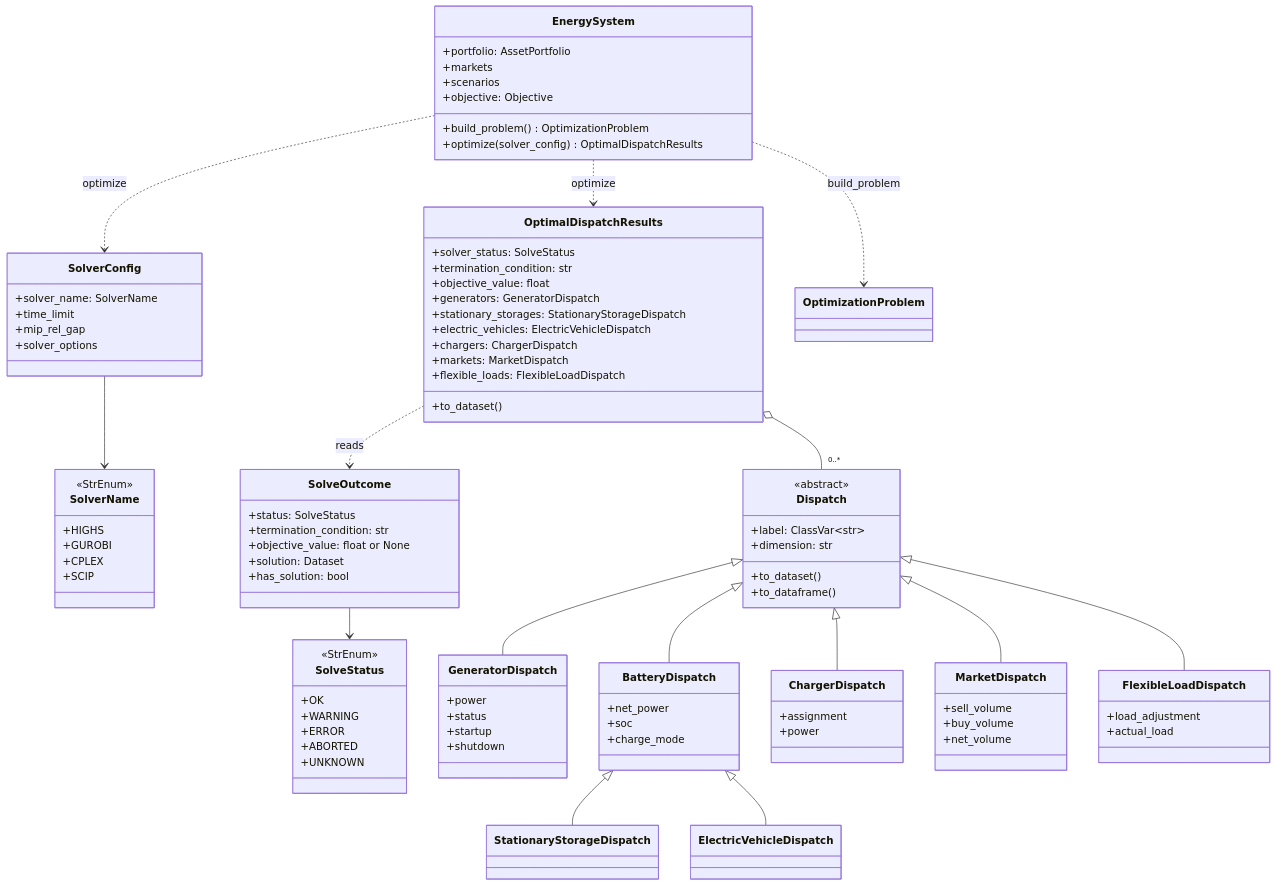
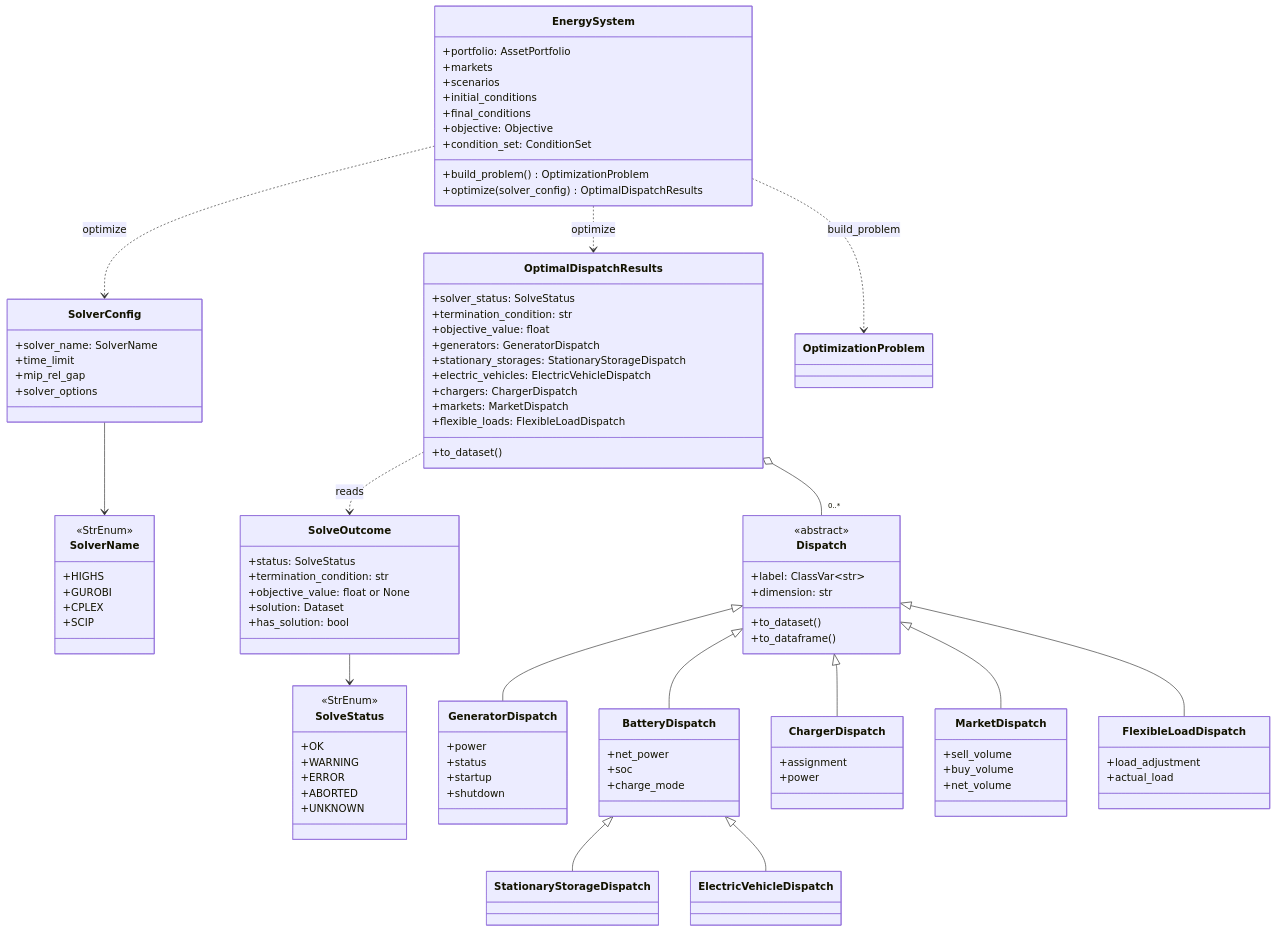
Before and after one commit to ramirocrc/odys: the fifth of 5 diagrams in docs/architecture/model.md, drawn with Mermaid. The commit also changed other lines of this file and 65 other files, not shown here.

First line of the commit message:
feat: initial and final conditions of a run

```diff
--- a/docs/architecture/model.md
+++ b/docs/architecture/model.md
@@ -338,7 +399,10 @@
         +portfolio: AssetPortfolio
         +markets
         +scenarios
+        +initial_conditions
+        +final_conditions
         +objective: Objective
+        +condition_set: ConditionSet
         +build_problem() OptimizationProblem
         +optimize(solver_config) OptimalDispatchResults
     }
```
